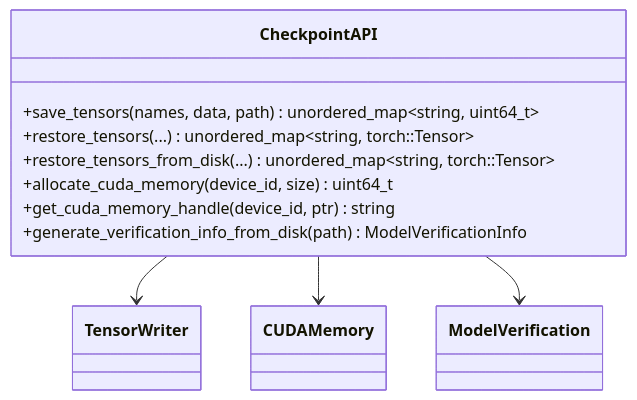
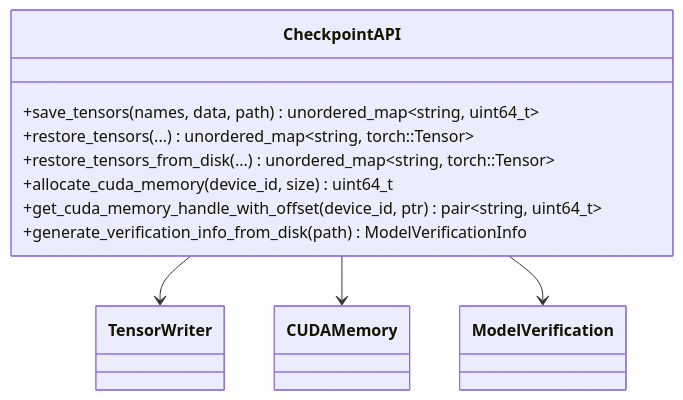
One commit to tensorcast-ai/tensorcast changed the second of 11 diagrams in core/checkpoint/docs/architecture.md. Above: the diagram before and after it, drawn with Mermaid. The commit also changed other lines of this file and 162 other files, not shown here.

````diff
--- a/core/checkpoint/docs/architecture.md
+++ b/core/checkpoint/docs/architecture.md
@@ -46,15 +46,15 @@
 ```mermaid
 classDiagram
     class CheckpointAPI {
         +save_tensors(names, data, path) unordered_map~string, uint64_t~
         +restore_tensors(...) unordered_map~string, torch::Tensor~
         +restore_tensors_from_disk(...) unordered_map~string, torch::Tensor~
         +allocate_cuda_memory(device_id, size) uint64_t
-        +get_cuda_memory_handle(device_id, ptr) string
+        +get_cuda_memory_handle_with_offset(device_id, ptr) pair~string, uint64_t~
         +generate_verification_info_from_disk(path) ModelVerificationInfo
     }
 
     CheckpointAPI --> TensorWriter
     CheckpointAPI --> CUDAMemory
     CheckpointAPI --> ModelVerification
 ```
````
